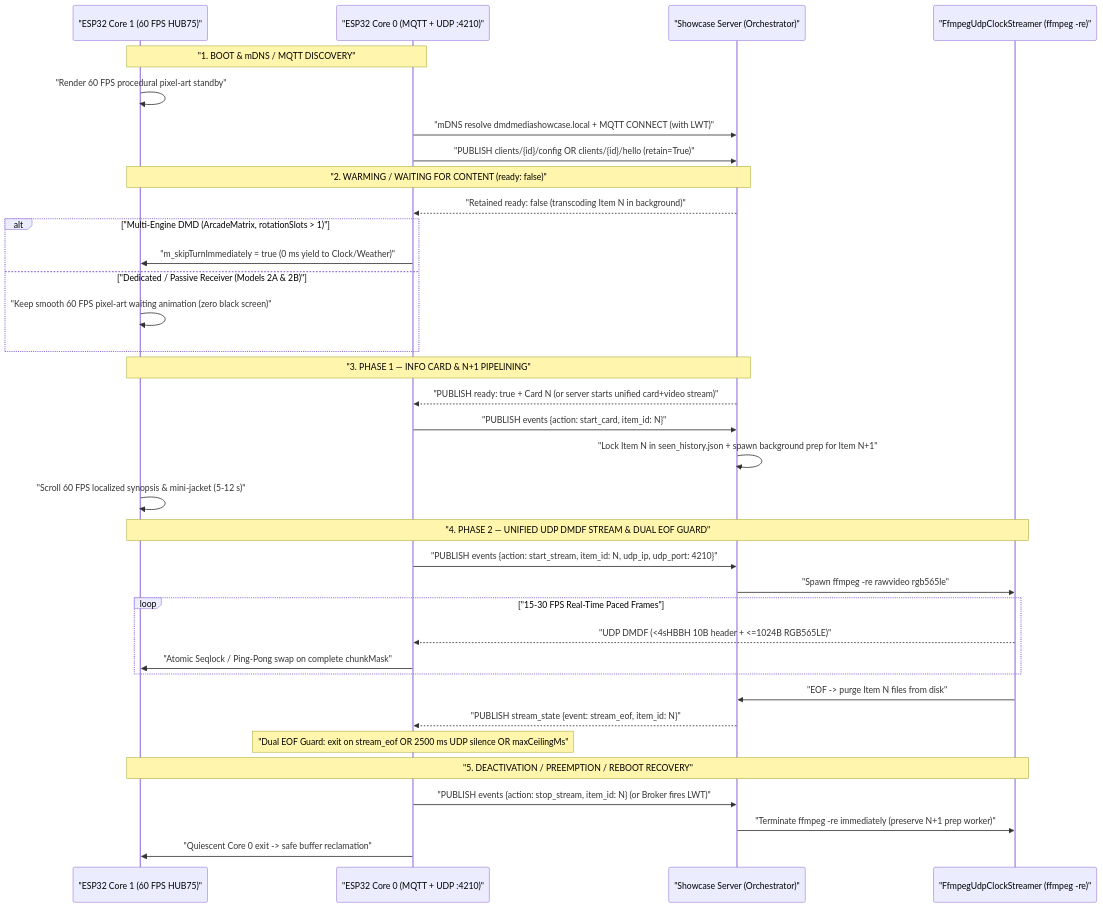
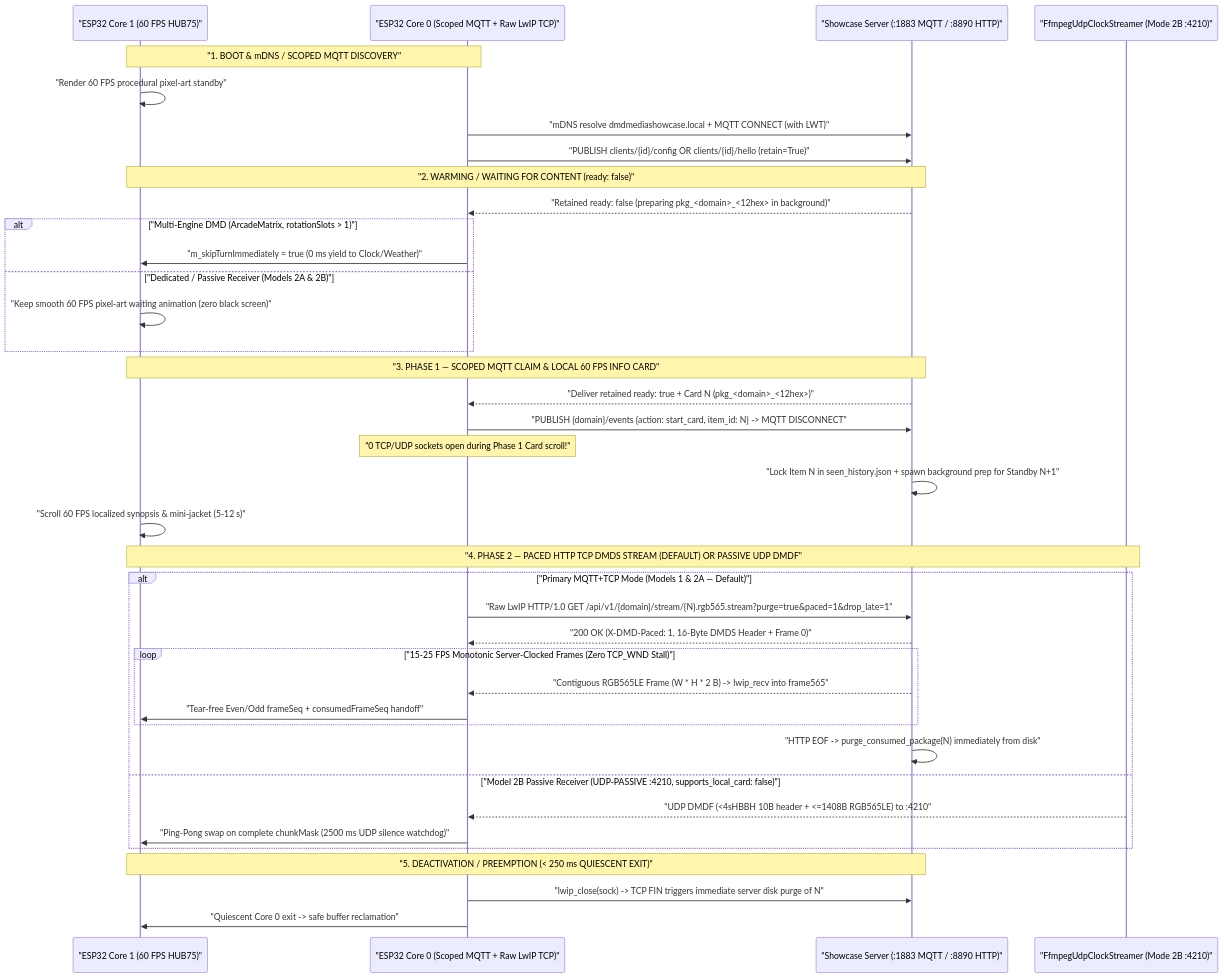
The first of 2 diagrams in docs/ESP32_INTEGRATION.md (red77290/dmd_media_showcase), drawn with Mermaid before and after one commit. The commit also changed other lines of this file and 26 other files, not shown here.

First line of the commit message:
feat(stream): align default ESP32 transport on MQTT+TCP DMDS and compact item_id

````diff
--- a/docs/ESP32_INTEGRATION.md
+++ b/docs/ESP32_INTEGRATION.md
@@ -134,42 +147,45 @@
 ```mermaid
 sequenceDiagram
     participant C1 as "ESP32 Core 1 (60 FPS HUB75)"
-    participant C0 as "ESP32 Core 0 (MQTT + UDP :4210)"
-    participant SRV as "Showcase Server (Orchestrator)"
-    participant FFM as "FfmpegUdpClockStreamer (ffmpeg -re)"
+    participant C0 as "ESP32 Core 0 (Scoped MQTT + Raw LwIP TCP)"
+    participant SRV as "Showcase Server (:1883 MQTT / :8890 HTTP)"
+    participant UDP as "FfmpegUdpClockStreamer (Mode 2B :4210)"
 
-    Note over C1,C0: "1. BOOT & mDNS / MQTT DISCOVERY"
+    Note over C1,C0: "1. BOOT & mDNS / SCOPED MQTT DISCOVERY"
     C1->>C1: "Render 60 FPS procedural pixel-art standby"
     C0->>SRV: "mDNS resolve dmdmediashowcase.local + MQTT CONNECT (with LWT)"
     C0->>SRV: "PUBLISH clients/{id}/config OR clients/{id}/hello (retain=True)"
 
     Note over C1,SRV: "2. WARMING / WAITING FOR CONTENT (ready: false)"
-    SRV-->>C0: "Retained ready: false (transcoding Item N in background)"
+    SRV-->>C0: "Retained ready: false (preparing pkg_<domain>_<12hex> in background)"
     alt "Multi-Engine DMD (ArcadeMatrix, rotationSlots > 1)"
         C0->>C1: "m_skipTurnImmediately = true (0 ms yield to Clock/Weather)"
     else "Dedicated / Passive Receiver (Models 2A & 2B)"
         C1->>C1: "Keep smooth 60 FPS pixel-art waiting animation (zero black screen)"
     end
 
-    Note over C1,SRV: "3. PHASE 1 — INFO CARD & N+1 PIPELINING"
-    SRV-->>C0: "PUBLISH ready: true + Card N (or server starts unified card+video stream)"
-    C0->>SRV: "PUBLISH events {action: start_card, item_id: N}"
-    SRV->>SRV: "Lock Item N in seen_history.json + spawn background prep for Item N+1"
+    Note over C1,SRV: "3. PHASE 1 — SCOPED MQTT CLAIM & LOCAL 60 FPS INFO CARD"
+    SRV-->>C0: "Deliver retained ready: true + Card N (pkg_<domain>_<12hex>)"
+    C0->>SRV: "PUBLISH {domain}/events {action: start_card, item_id: N} -> MQTT DISCONNECT"
+    Note over C0: "0 TCP/UDP sockets open during Phase 1 Card scroll!"
+    SRV->>SRV: "Lock Item N in seen_history.json + spawn background prep for Standby N+1"
     C1->>C1: "Scroll 60 FPS localized synopsis & mini-jacket (5-12 s)"
 
-    Note over C1,FFM: "4. PHASE 2 — UNIFIED UDP DMDF STREAM & DUAL EOF GUARD"
-    C0->>SRV: "PUBLISH events {action: start_stream, item_id: N, udp_ip, udp_port: 4210}"
-    SRV->>FFM: "Spawn ffmpeg -re rawvideo rgb565le"
-    loop "15-30 FPS Real-Time Paced Frames"
-        FFM-->>C0: "UDP DMDF (<4sHBBH 10B header + <=1024B RGB565LE)"
-        C0->>C1: "Atomic Seqlock / Ping-Pong swap on complete chunkMask"
+    Note over C1,UDP: "4. PHASE 2 — PACED HTTP TCP DMDS STREAM (DEFAULT) OR PASSIVE UDP DMDF"
+    alt "Primary MQTT+TCP Mode (Models 1 & 2A — Default)"
+        C0->>SRV: "Raw LwIP HTTP/1.0 GET /api/v1/{domain}/stream/{N}.rgb565.stream?purge=true&paced=1&drop_late=1"
+        SRV-->>C0: "200 OK (X-DMD-Paced: 1, 16-Byte DMDS Header + Frame 0)"
+        loop "15-25 FPS Monotonic Server-Clocked Frames (Zero TCP_WND Stall)"
+            SRV-->>C0: "Contiguous RGB565LE Frame (W * H * 2 B) -> lwip_recv into frame565"
+            C0->>C1: "Tear-free Even/Odd frameSeq + consumedFrameSeq handoff"
+        end
+        SRV->>SRV: "HTTP EOF -> purge_consumed_package(N) immediately from disk"
+    else "Model 2B Passive Receiver (UDP-PASSIVE :4210, supports_local_card: false)"
+        UDP-->>C0: "UDP DMDF (<4sHBBH 10B header + <=1408B RGB565LE) to :4210"
+        C0->>C1: "Ping-Pong swap on complete chunkMask (2500 ms UDP silence watchdog)"
     end
-    FFM->>SRV: "EOF -> purge Item N files from disk"
-    SRV-->>C0: "PUBLISH stream_state {event: stream_eof, item_id: N}"
-    Note over C0: "Dual EOF Guard: exit on stream_eof OR 2500 ms UDP silence OR maxCeilingMs"
 
-    Note over C1,FFM: "5. DEACTIVATION / PREEMPTION / REBOOT RECOVERY"
-    C0->>SRV: "PUBLISH events {action: stop_stream, item_id: N} (or Broker fires LWT)"
-    SRV->>FFM: "Terminate ffmpeg -re immediately (preserve N+1 prep worker)"
+    Note over C1,SRV: "5. DEACTIVATION / PREEMPTION (< 250 ms QUIESCENT EXIT)"
+    C0->>SRV: "lwip_close(sock) -> TCP FIN triggers immediate server disk purge of N"
     C0->>C1: "Quiescent Core 0 exit -> safe buffer reclamation"
 ```
````
